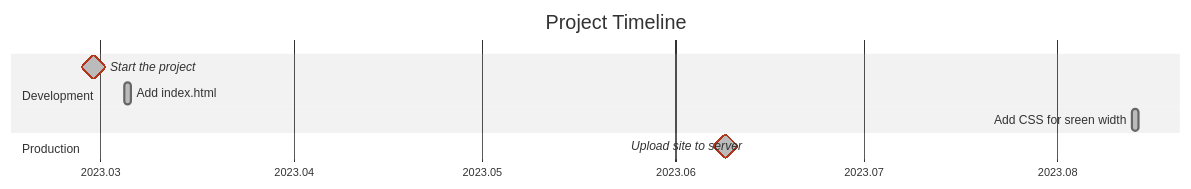
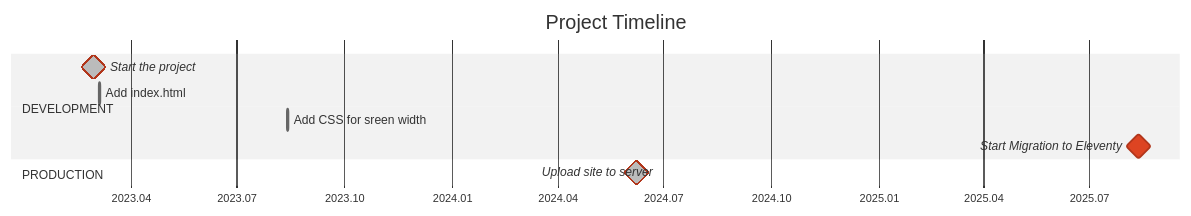
The diagram in README.md (tropintropin/tropin), drawn with Mermaid (neutral theme) before and after one commit. The commit also changed other lines of this file and 30 other files, not shown here.

First line of the commit message:
First commit for Eleventy migration

````diff
--- a/README.md
+++ b/README.md
@@ -23,15 +71,16 @@
 ```mermaid
 gantt
 title       Project Timeline
 dateFormat  YYYY.MM.DD
 axisFormat  %Y.%m
 excludes    
 
-section     Development
-Start the project					:milestone, crit, done,		2023.02.28,
-Add index.html						:done,				html0,	2023.03.05,	1d
-Add CSS for sreen width				:done,				css0,	2023.08.13, 1d
+section     DEVELOPMENT
+Start the project						:milestone, crit,	done,	2023.02.28,
+Add index.html							:done,				html0,	2023.03.05,	1d
+Add CSS for sreen width					:done,				css0,	2023.08.13, 1d
+Start Migration to Eleventy				:milestone,	crit,			2025.08.12,
 
-section     Production
-Upload site to server				:milestone, crit, done,		2023.04.04
+section     PRODUCTION
+Upload site to server					:milestone, crit, done,		2023.04.04
 ```
````
